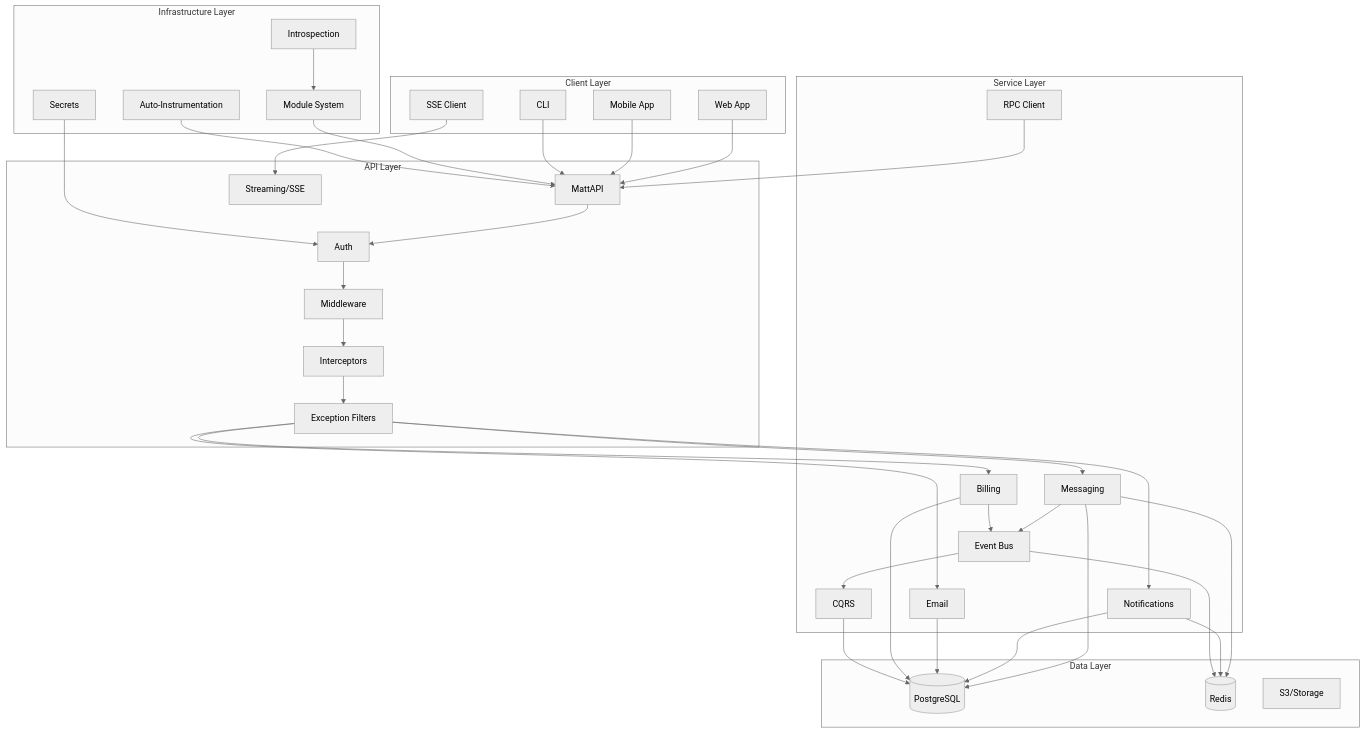
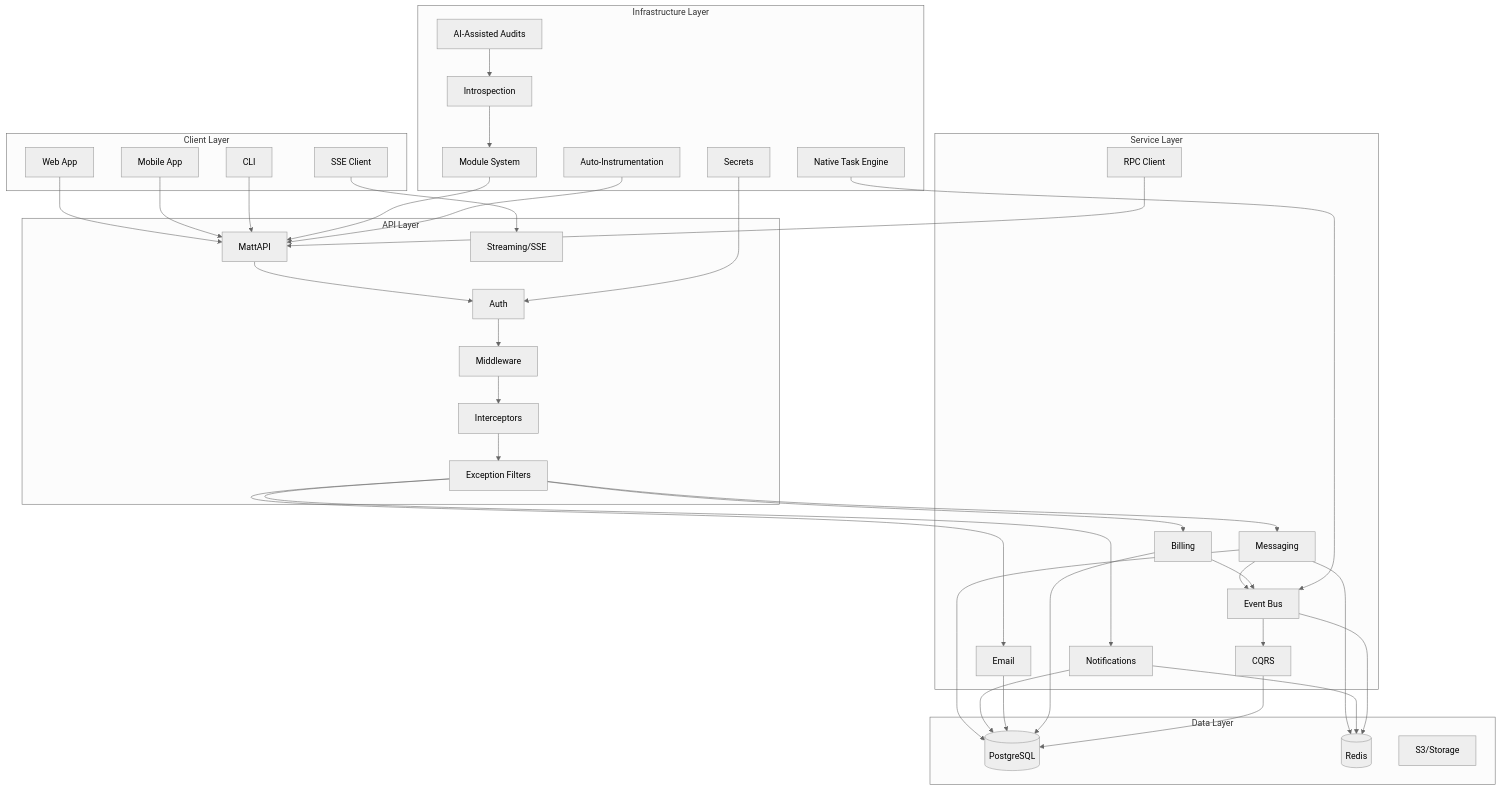
The first of 32 diagrams in docs/diagrams.md (mattjaikaran/django-matt), drawn with Mermaid (neutral theme) before and after one commit. The commit also changed other lines of this file and 82 other files, not shown here.

````diff
--- a/docs/diagrams.md
+++ b/docs/diagrams.md
@@ -7,75 +7,79 @@
 ```mermaid
 graph TB
     subgraph "Client Layer"
         WEB[Web App]
         MOBILE[Mobile App]
         CLI[CLI]
         SSE_CLIENT[SSE Client]
     end
 
     subgraph "API Layer"
         API[MattAPI]
         AUTH[Auth]
         MW[Middleware]
         INTERCEPT[Interceptors]
         EXCFILTER[Exception Filters]
         STREAM[Streaming/SSE]
     end
 
     subgraph "Service Layer"
         MSG[Messaging]
         NOTIF[Notifications]
         EMAIL[Email]
         BILLING[Billing]
         EVENTS[Event Bus]
         CQRS[CQRS]
         RPC[RPC Client]
     end
 
     subgraph "Infrastructure Layer"
         SECRETS[Secrets]
         MODULES[Module System]
         INTRO[Introspection]
         OBSERVE[Auto-Instrumentation]
+        TASKS_NATIVE[Native Task Engine]
+        AUDITS[AI-Assisted Audits]
     end
 
     subgraph "Data Layer"
         DB[(PostgreSQL)]
         CACHE[(Redis)]
         STORAGE[S3/Storage]
     end
 
     WEB --> API
     MOBILE --> API
     CLI --> API
     SSE_CLIENT --> STREAM
 
     API --> AUTH
     AUTH --> MW
     MW --> INTERCEPT
     INTERCEPT --> EXCFILTER
     EXCFILTER --> MSG
     EXCFILTER --> NOTIF
     EXCFILTER --> EMAIL
     EXCFILTER --> BILLING
 
     MSG --> EVENTS
     BILLING --> EVENTS
     EVENTS --> CQRS
 
     MSG --> DB
     NOTIF --> DB
     EMAIL --> DB
     BILLING --> DB
     CQRS --> DB
 
     MSG --> CACHE
     NOTIF --> CACHE
     EVENTS --> CACHE
 
     SECRETS --> AUTH
     MODULES --> API
     OBSERVE --> API
     INTRO --> MODULES
     RPC --> API
+    TASKS_NATIVE --> EVENTS
+    AUDITS --> INTRO
 ```
````
